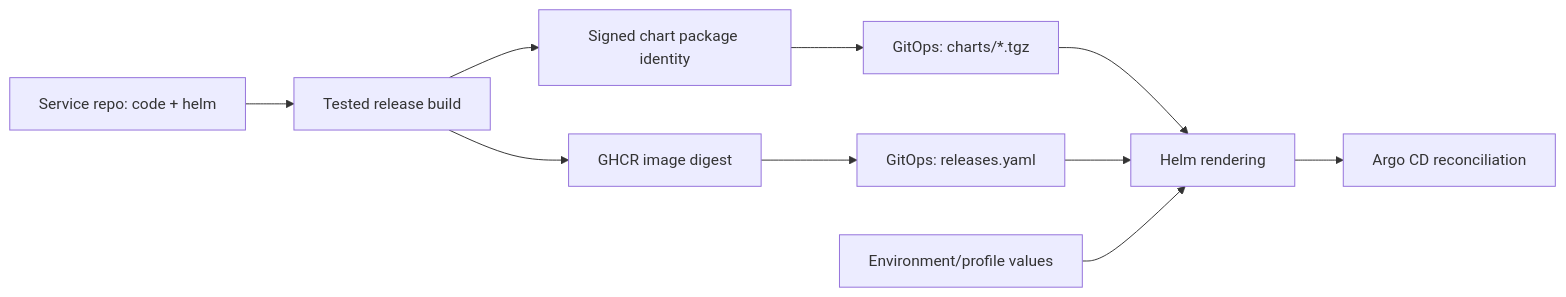
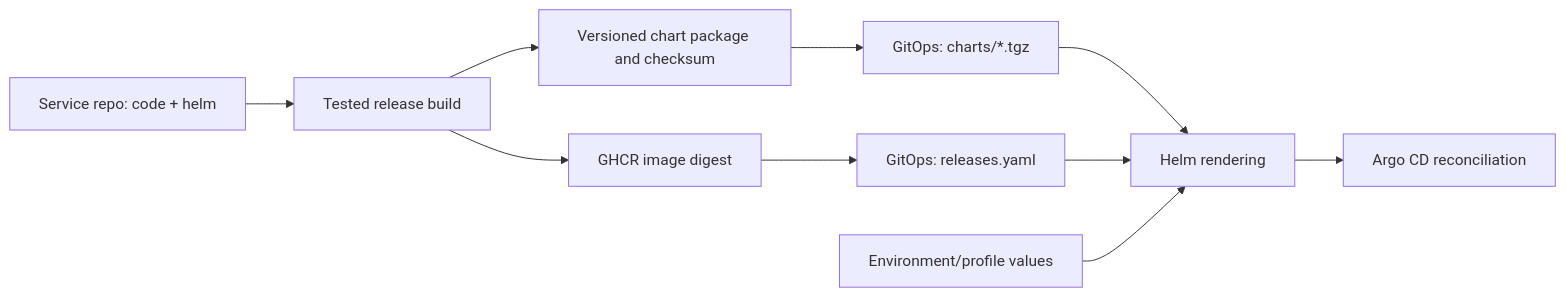
Before and after one commit to subhankar12-spec/boutique-platform: the second of 4 diagrams in docs/beginner-guide.md, drawn with Mermaid. The commit also changed other lines of this file and 7 other files, not shown here.

```diff
--- a/docs/beginner-guide.md
+++ b/docs/beginner-guide.md
@@ -936,12 +936,12 @@
 ~~~mermaid
 flowchart LR
     Source["Service repo: code + helm"] --> Jenkins["Tested release build"]
     Jenkins --> Image["GHCR image digest"]
-    Jenkins --> Chart["Signed chart package identity"]
+    Jenkins --> Chart["Versioned chart package and checksum"]
     Chart --> Git["GitOps: charts/*.tgz"]
     Image --> Values["GitOps: releases.yaml"]
     Git --> Render["Helm rendering"]
     Values --> Render
     Config["Environment/profile values"] --> Render
     Render --> Argo["Argo CD reconciliation"]
 ~~~
```
